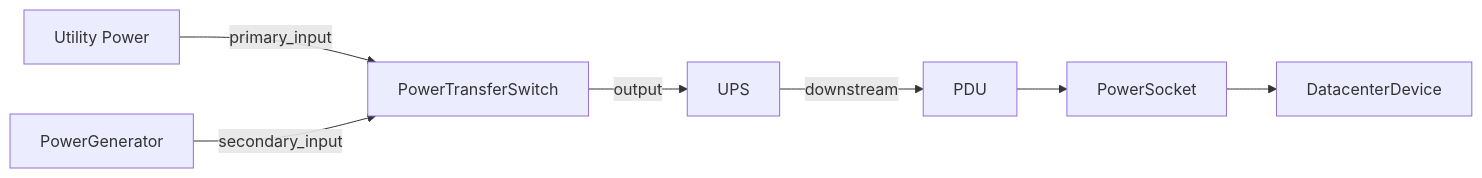
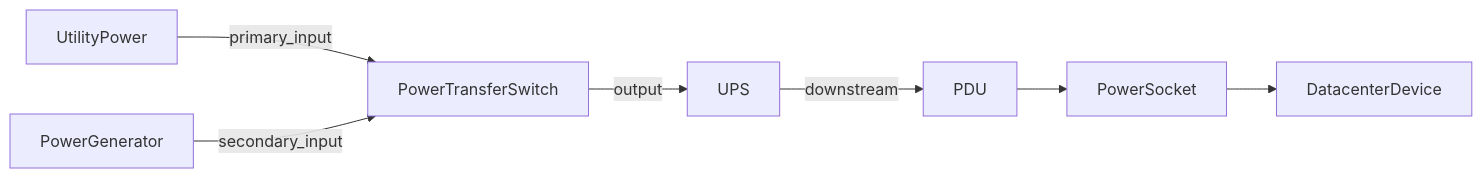
One commit to rudnerbjoern/iTop-br-power-infrastructure changed the diagram in README.md. Above: the diagram before and after it, drawn with Mermaid. The commit also changed other lines of this file and 5 other files, not shown here.

Commit message:
add UtilityPower class

````diff
--- a/README.md
+++ b/README.md
@@ -299,17 +328,17 @@
 ```mermaid
 graph LR
-    UtilityPower[Utility Power]
+    UtilityPower[UtilityPower]
     Generator[PowerGenerator]
     TransferSwitch[PowerTransferSwitch]
     UPS[UPS]
     PDU[PDU]
     Socket[PowerSocket]
     Device[DatacenterDevice]
 
     UtilityPower -->|primary_input| TransferSwitch
     Generator -->|secondary_input| TransferSwitch
     TransferSwitch -->|output| UPS
     UPS -->|downstream| PDU
     PDU --> Socket
     Socket --> Device
 ```
````
